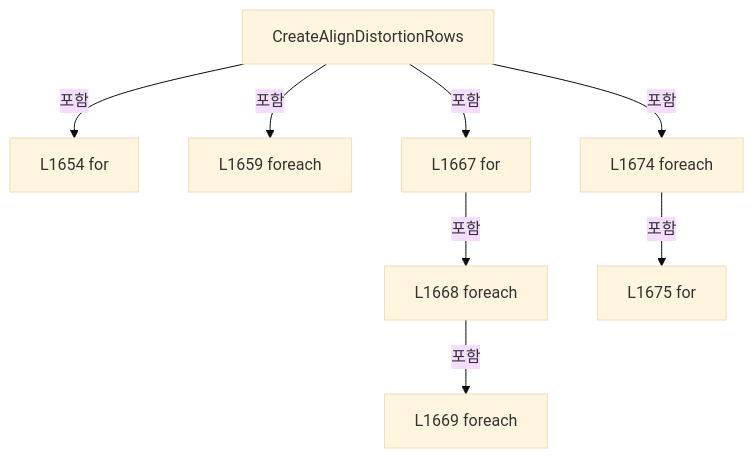
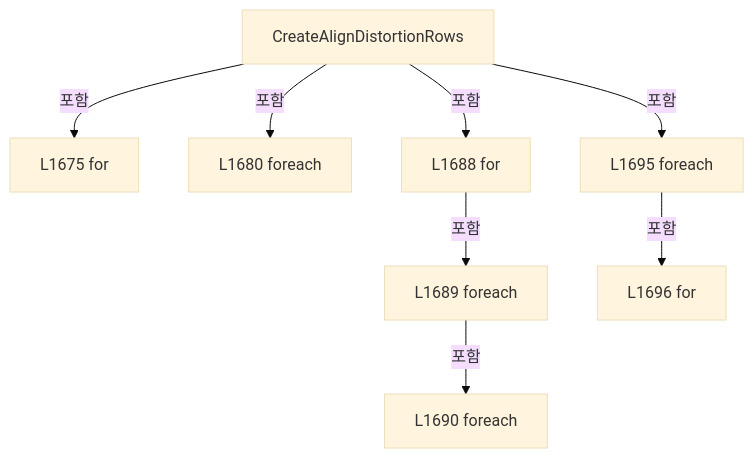
Before and after one commit to kjuws10-rgb/Shared: the eighth of 9 diagrams in A3 LD Code Ref/files/Drilling.File/JHMI/CMelsecMapFile.cs.md, drawn with Mermaid (base theme). The commit also changed other lines of this file and 8055 other files, not shown here.

Commit message:
docs(a3): trace Stage Glass Data and refresh architecture and full code reference

````diff
--- a/A3 LD Code Ref/files/Drilling.File/JHMI/CMelsecMapFile.cs.md
+++ b/A3 LD Code Ref/files/Drilling.File/JHMI/CMelsecMapFile.cs.md
@@ -1994,18 +2047,18 @@
 ```mermaid
 flowchart TD
  M["CreateAlignDistortionRows"]
- N0["L1654 for"]
+ N0["L1675 for"]
  M -->|포함| N0
- N1["L1659 foreach"]
+ N1["L1680 foreach"]
  M -->|포함| N1
- N2["L1667 for"]
+ N2["L1688 for"]
  M -->|포함| N2
- N3["L1668 foreach"]
+ N3["L1689 foreach"]
  N2 -->|포함| N3
- N4["L1669 foreach"]
+ N4["L1690 foreach"]
  N3 -->|포함| N4
- N5["L1674 foreach"]
+ N5["L1695 foreach"]
  M -->|포함| N5
- N6["L1675 for"]
+ N6["L1696 for"]
  N5 -->|포함| N6
 ```
````
